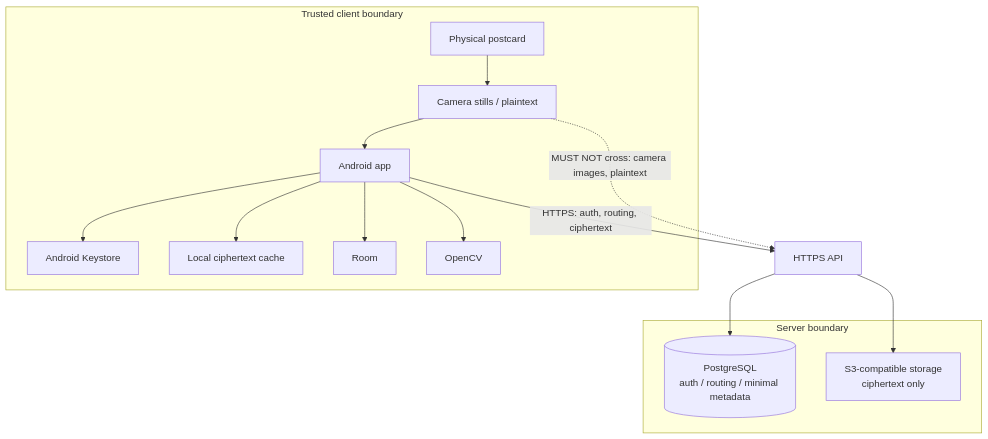
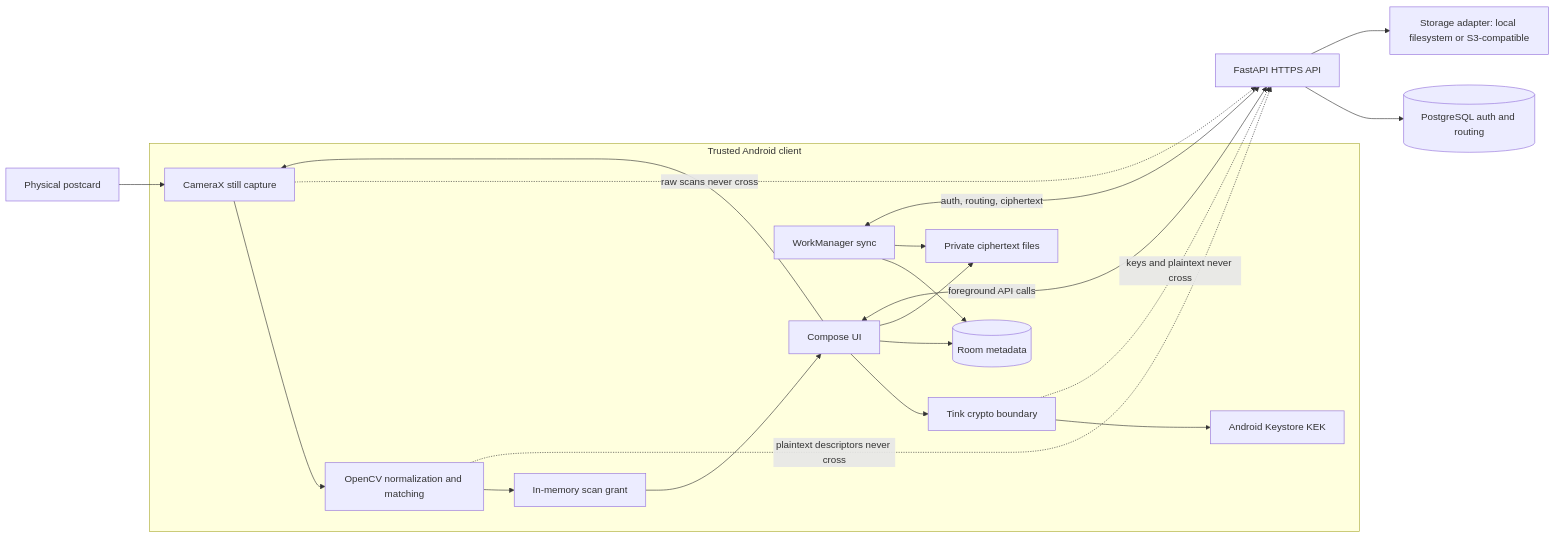
Before and after one commit to stalker0321/remanence: the first of 3 diagrams in docs/architecture.md, drawn with Mermaid. The commit also changed other lines of this file and 1 other file, not shown here.

Commit message:
docs: specify product and system architecture

````diff
--- a/docs/architecture.md
+++ b/docs/architecture.md
@@ -16,30 +24,39 @@
 ```mermaid
-flowchart TB
-  subgraph trusted["Trusted client boundary"]
-    Postcard["Physical postcard"]
-    Camera["Camera stills / plaintext"]
-    App["Android app"]
-    KS["Android Keystore"]
-    Cache["Local ciphertext cache"]
-    Room["Room"]
-    CV["OpenCV"]
-    Postcard --> Camera
-    Camera --> App
-    App --> KS
-    App --> Cache
-    App --> Room
-    App --> CV
+flowchart LR
+  P[Physical postcard]
+
+  subgraph Android[Trusted Android client]
+    UI[Compose UI]
+    CAM[CameraX still capture]
+    CV[OpenCV normalization and matching]
+    CRYPTO[Tink crypto boundary]
+    KS[Android Keystore KEK]
+    DB[(Room metadata)]
+    FILES[Private ciphertext files]
+    WM[WorkManager sync]
+    GRANT[In-memory scan grant]
+
+    UI --> CAM --> CV
+    UI --> CRYPTO
+    CRYPTO --> KS
+    UI --> DB
+    UI --> FILES
+    WM --> DB
+    WM --> FILES
+    CV --> GRANT --> UI
   end
 
-  API["HTTPS API"]
+  API[FastAPI HTTPS API]
+  PG[(PostgreSQL auth and routing)]
+  OBJ[Storage adapter: local filesystem or S3-compatible]
 
-  subgraph server["Server boundary"]
-    PG[("PostgreSQL<br/>auth / routing / minimal metadata")]
-    S3["S3-compatible storage<br/>ciphertext only"]
-  end
+  P --> CAM
+  WM <-->|auth, routing, ciphertext| API
+  UI <-->|foreground API calls| API
+  API --> PG
+  API --> OBJ
 
-  App -->|"HTTPS: auth, routing, ciphertext"| API
-  API --> PG
-  API --> S3
-  Camera -.->|"MUST NOT cross: camera images, plaintext"| API
+  CAM -. raw scans never cross .-> API
+  CV -. plaintext descriptors never cross .-> API
+  CRYPTO -. keys and plaintext never cross .-> API
 ```
````
